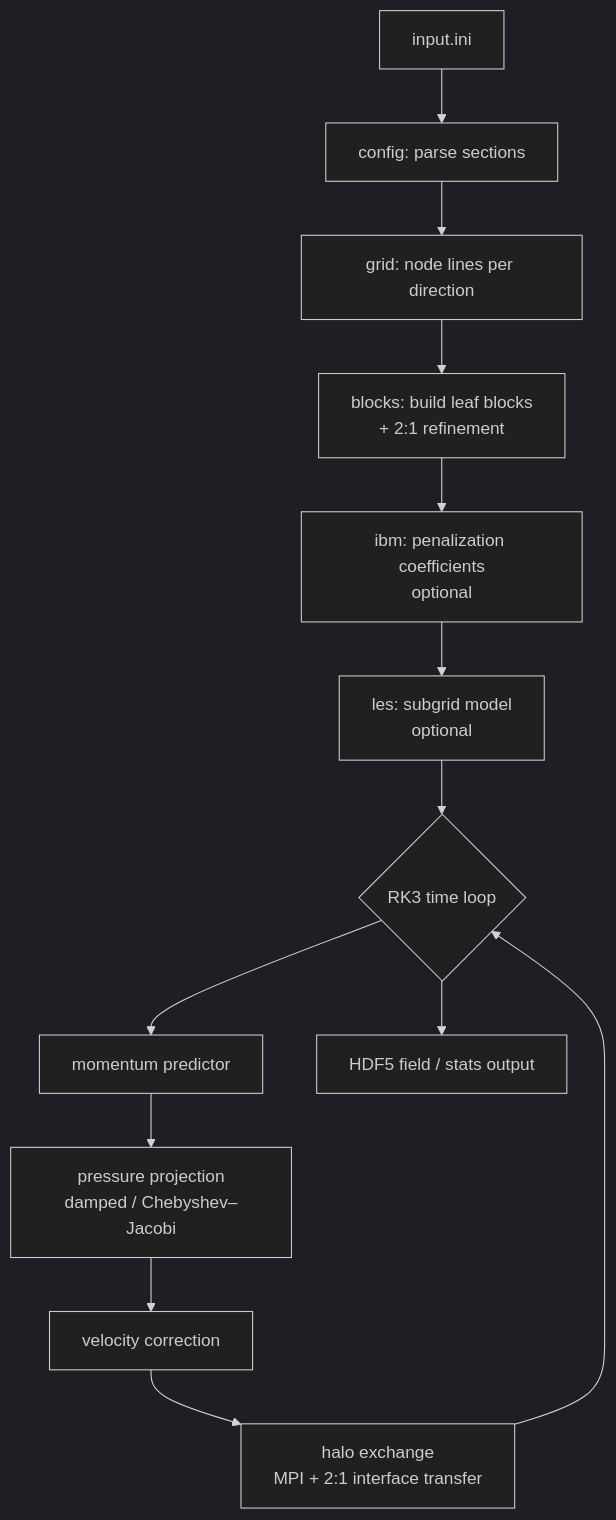
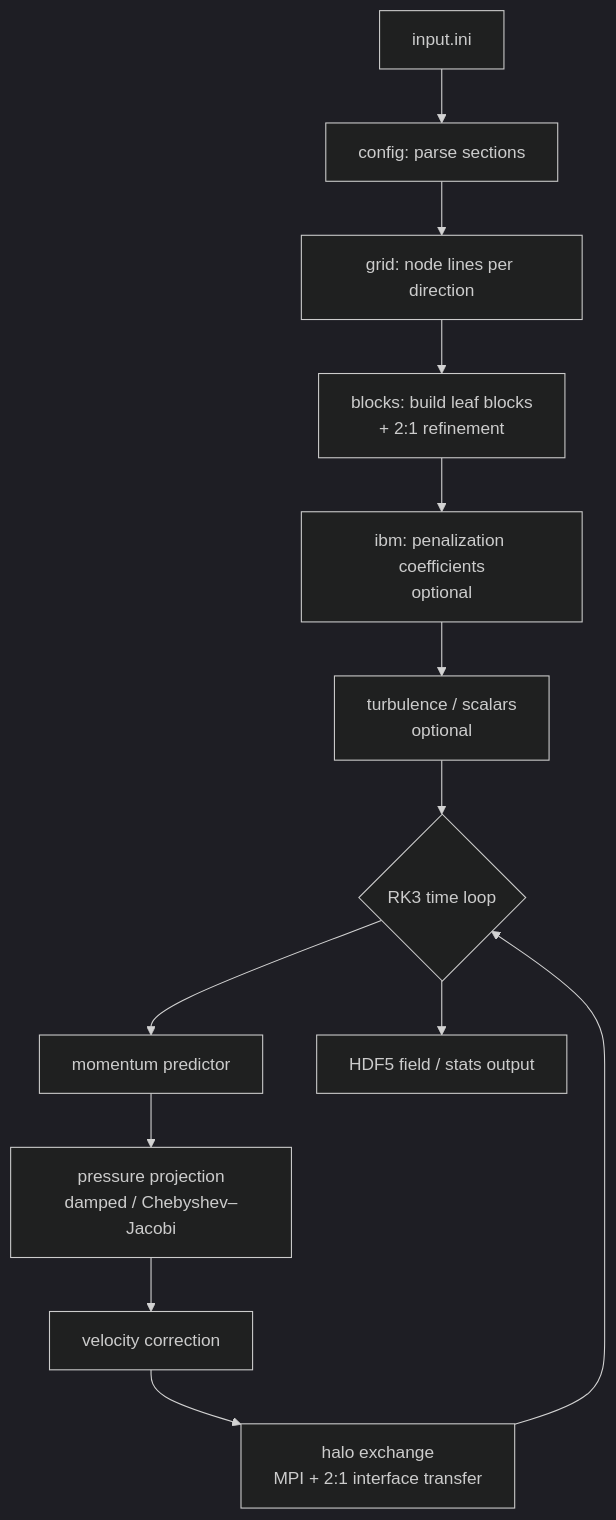
The diagram in README.md (davecats/mobydiff), drawn with Mermaid (dark theme) before and after one commit. The commit also changed other lines of this file and 329 other files, not shown here.

````diff
--- a/README.md
+++ b/README.md
@@ -145,15 +152,15 @@
 ```mermaid
 flowchart TD
     A[input.ini] --> B[config: parse sections]
     B --> C[grid: node lines per direction]
     C --> D[blocks: build leaf blocks<br/>+ 2:1 refinement]
     D --> E[ibm: penalization coefficients<br/>optional]
-    E --> F[les: subgrid model<br/>optional]
+    E --> F[turbulence / scalars<br/>optional]
     F --> G{RK3 time loop}
     G --> H[momentum predictor]
     H --> I[pressure projection<br/>damped / Chebyshev–Jacobi]
     I --> J[velocity correction]
     J --> K[halo exchange<br/>MPI + 2:1 interface transfer]
     K --> G
     G --> L[HDF5 field / stats output]
 ```
````
